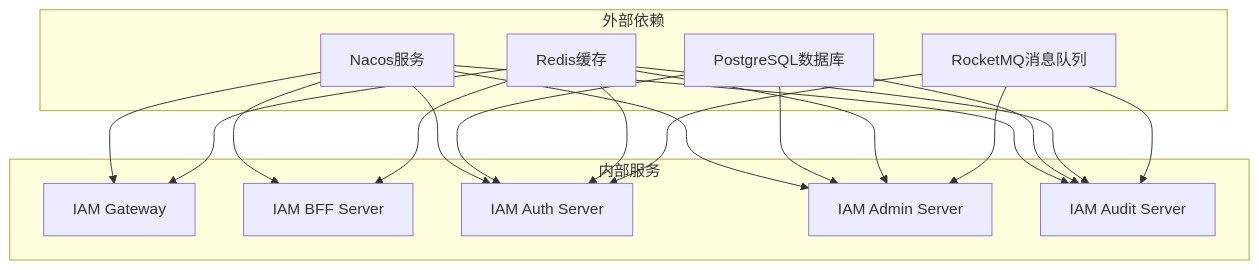
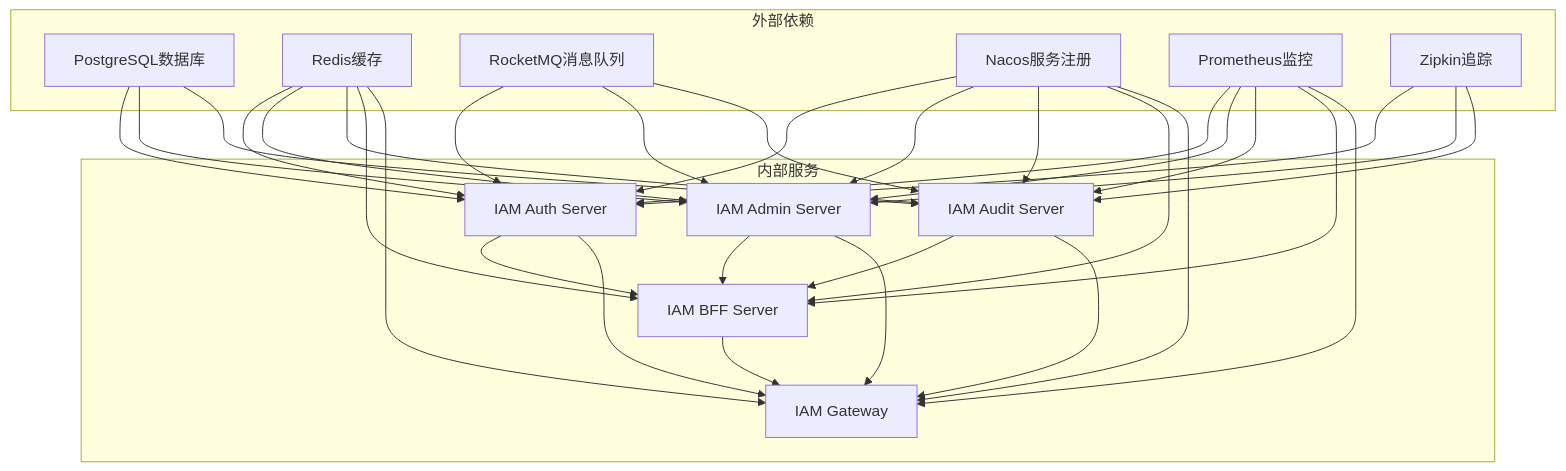
One commit to fq0121104930716/iam-platform changed the eighth of 10 diagrams in .qoder/repowiki/zh/content/部署运维/Docker组合使用指南.md. Above: the diagram before and after it, drawn with Mermaid. The commit also changed other lines of this file and 42 other files, not shown here.

````diff
--- a/.qoder/repowiki/zh/content/部署运维/Docker组合使用指南.md
+++ b/.qoder/repowiki/zh/content/部署运维/Docker组合使用指南.md
@@ -317,32 +349,49 @@
 ```mermaid
 graph TB
 subgraph "外部依赖"
-A[Nacos服务]
-B[PostgreSQL数据库]
-C[Redis缓存]
-D[RocketMQ消息队列]
+A[PostgreSQL数据库]
+B[Redis缓存]
+C[RocketMQ消息队列]
+D[Nacos服务注册]
+E[Prometheus监控]
+F[Zipkin追踪]
 end
 subgraph "内部服务"
-E[IAM Gateway]
-F[IAM BFF Server]
 G[IAM Auth Server]
 H[IAM Admin Server]
 I[IAM Audit Server]
+J[IAM BFF Server]
+K[IAM Gateway]
 end
-A --> E
-A --> F
 A --> G
 A --> H
 A --> I
 B --> G
 B --> H
 B --> I
-C --> E
-C --> F
+B --> J
+B --> K
 C --> G
 C --> H
 C --> I
 D --> G
 D --> H
 D --> I
+D --> J
+D --> K
+E --> G
+E --> H
+E --> I
+E --> J
+E --> K
+F --> G
+F --> H
+F --> I
+G --> J
+G --> K
+H --> J
+H --> K
+I --> J
+I --> K
+J --> K
 ```
````
